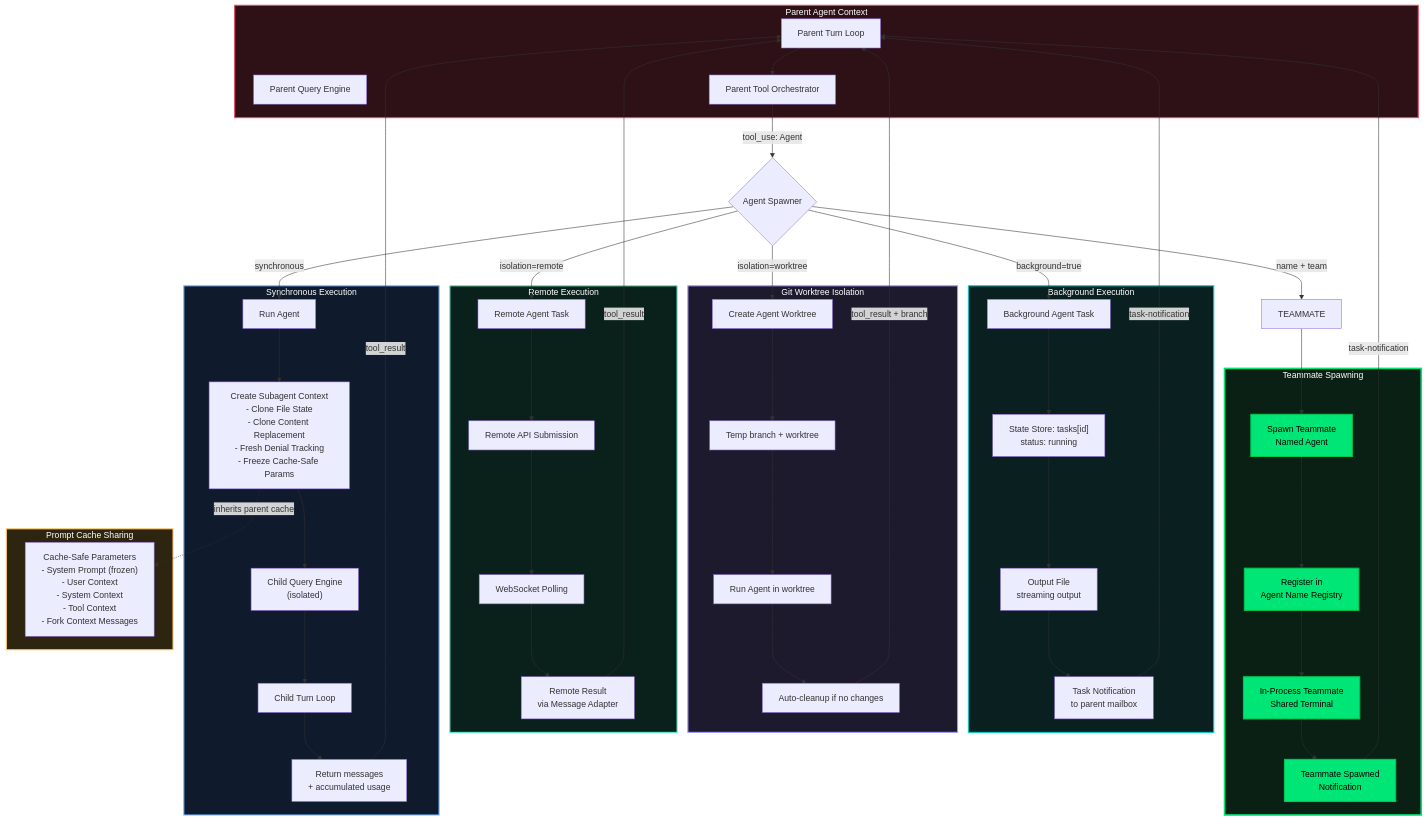
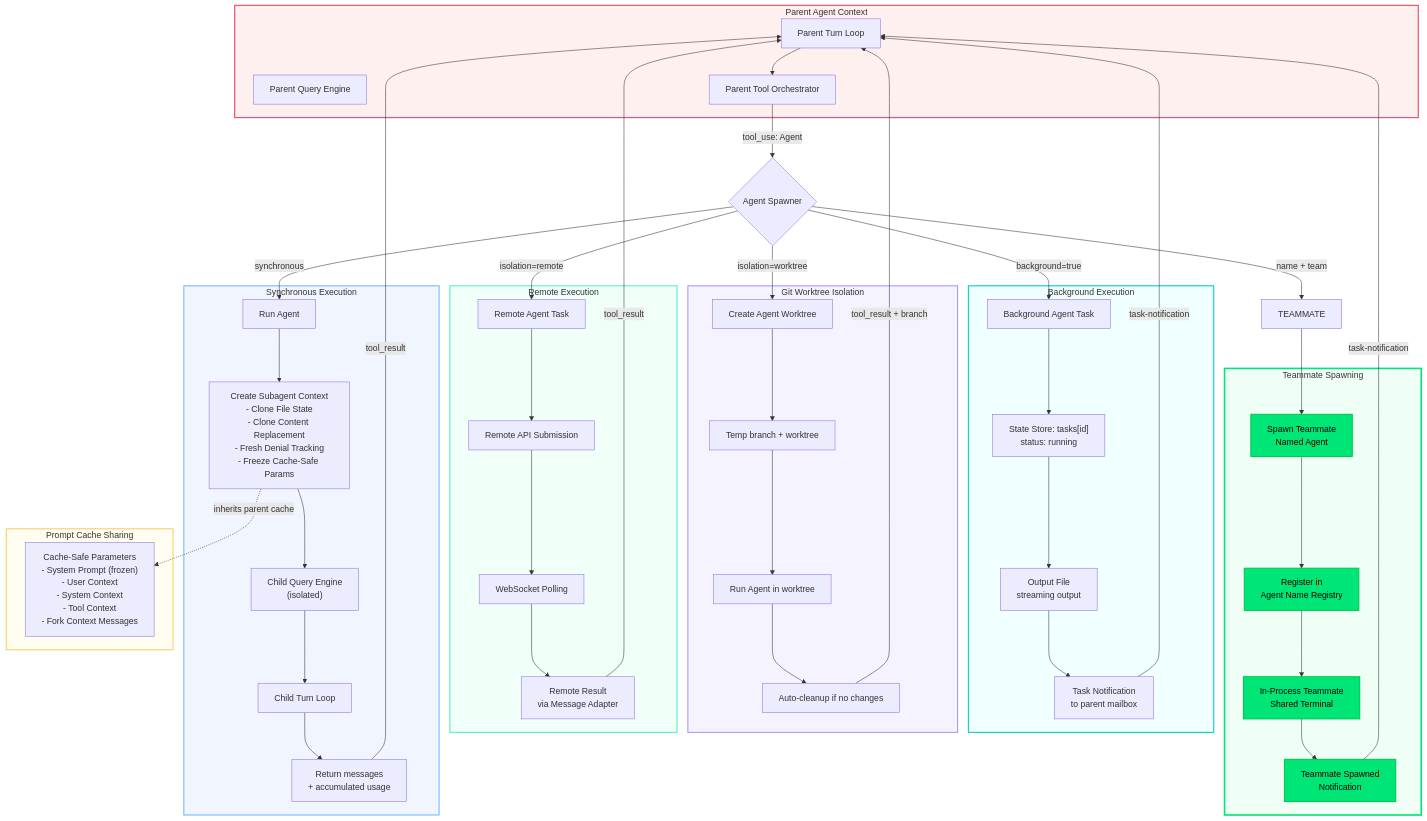
One commit to PavelValentov/multi-agent-architecture changed the third of 14 diagrams in DIAGRAMS.md. Above: the diagram before and after it, drawn with Mermaid. The commit also changed other lines of this file, not shown here.

First line of the commit message:
Switch diagram backgrounds to light pastels for white theme compatibility

```diff
--- a/DIAGRAMS.md
+++ b/DIAGRAMS.md
@@ -345,13 +345,13 @@
 
     CLONE -.->|"inherits parent cache"| CACHE
 
-    style Parent fill:#2d1117,stroke:#e94560,stroke-width:2px,color:#fff
-    style SyncPath fill:#101a2d,stroke:#74b9ff,stroke-width:2px,color:#fff
-    style AsyncPath fill:#0a2020,stroke:#00cec9,stroke-width:2px,color:#fff
-    style WorktreePath fill:#1e1a2e,stroke:#a29bfe,stroke-width:2px,color:#fff
-    style RemotePath fill:#0a201a,stroke:#55efc4,stroke-width:2px,color:#fff
-    style CacheOptimization fill:#2d2510,stroke:#fdcb6e,stroke-width:2px,color:#fff
-    style TeammatePath fill:#0a2015,stroke:#00e676,stroke-width:3px,color:#fff
+    style Parent fill:#fff0f0,stroke:#e94560,stroke-width:2px,color:#333
+    style SyncPath fill:#f0f5ff,stroke:#74b9ff,stroke-width:2px,color:#333
+    style AsyncPath fill:#f0ffff,stroke:#00cec9,stroke-width:2px,color:#333
+    style WorktreePath fill:#f5f3ff,stroke:#a29bfe,stroke-width:2px,color:#333
+    style RemotePath fill:#f0fff8,stroke:#55efc4,stroke-width:2px,color:#333
+    style CacheOptimization fill:#fffef0,stroke:#fdcb6e,stroke-width:2px,color:#333
+    style TeammatePath fill:#f0fff5,stroke:#00e676,stroke-width:3px,color:#333
     style TEAMMATE_SPAWN fill:#00e676,stroke:#00c853,stroke-width:2px,color:#000
     style TM_REGISTER fill:#00e676,stroke:#00c853,stroke-width:2px,color:#000
     style TM_PROCESS fill:#00e676,stroke:#00c853,stroke-width:2px,color:#000
```
